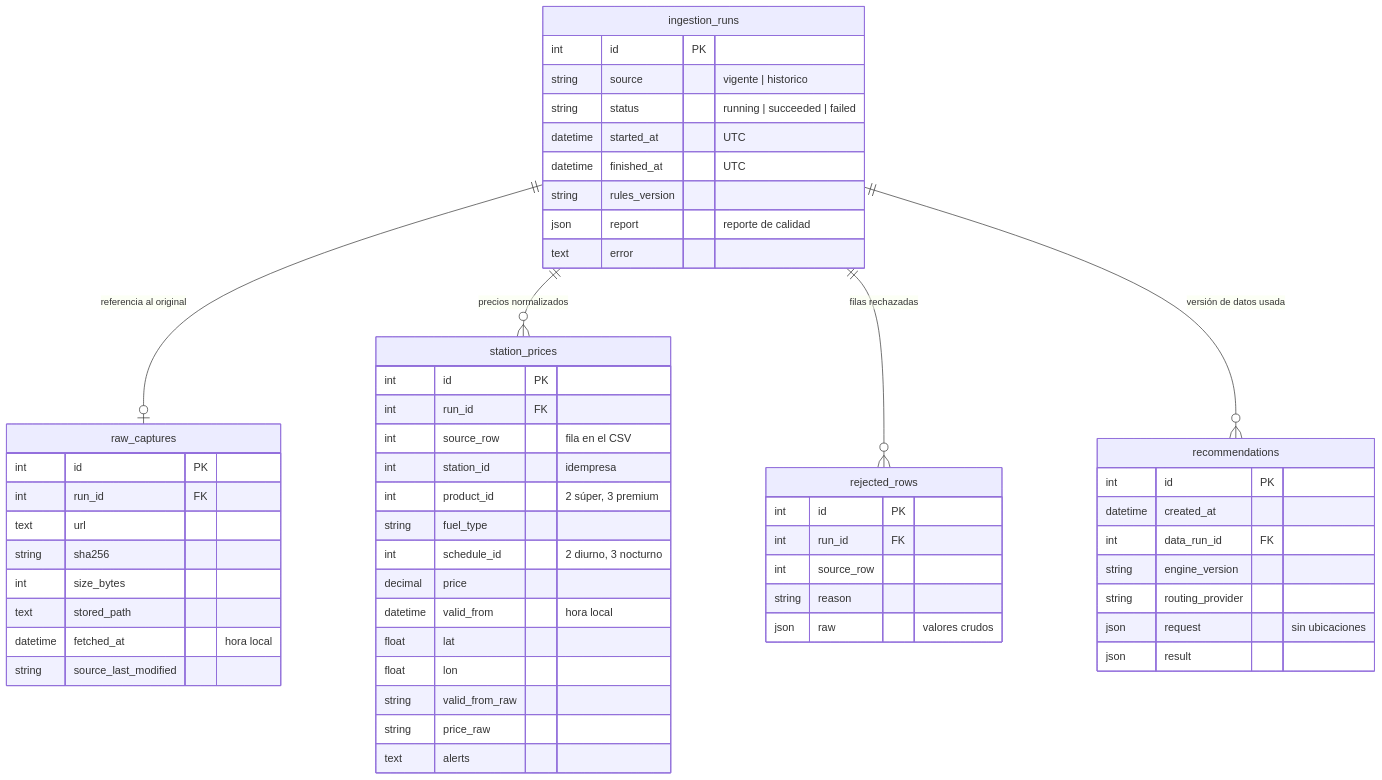
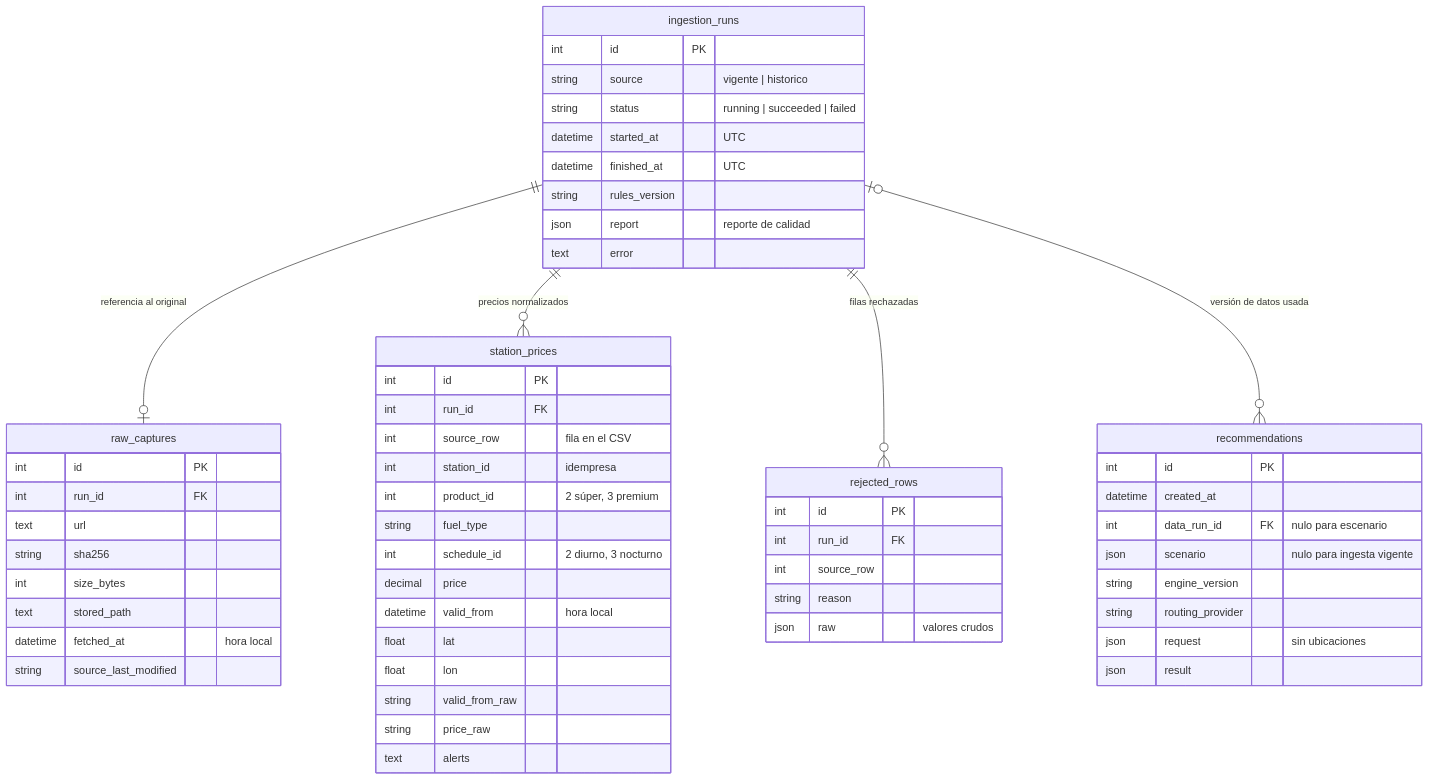
One commit to estanislaomolina/nafta2go changed the third of 3 diagrams in docs/SRD.md. Above: the diagram before and after it, drawn with Mermaid. The commit also changed other lines of this file and 32 other files, not shown here.

````diff
--- a/docs/SRD.md
+++ b/docs/SRD.md
@@ -202,60 +206,61 @@
 ```mermaid
 erDiagram
     ingestion_runs ||--o| raw_captures : "referencia al original"
     ingestion_runs ||--o{ station_prices : "precios normalizados"
     ingestion_runs ||--o{ rejected_rows : "filas rechazadas"
-    ingestion_runs ||--o{ recommendations : "versión de datos usada"
+    ingestion_runs |o--o{ recommendations : "versión de datos usada"
 
     ingestion_runs {
         int id PK
         string source "vigente | historico"
         string status "running | succeeded | failed"
         datetime started_at "UTC"
         datetime finished_at "UTC"
         string rules_version
         json report "reporte de calidad"
         text error
     }
     raw_captures {
         int id PK
         int run_id FK
         text url
         string sha256
         int size_bytes
         text stored_path
         datetime fetched_at "hora local"
         string source_last_modified
     }
     station_prices {
         int id PK
         int run_id FK
         int source_row "fila en el CSV"
         int station_id "idempresa"
         int product_id "2 súper, 3 premium"
         string fuel_type
         int schedule_id "2 diurno, 3 nocturno"
         decimal price
         datetime valid_from "hora local"
         float lat
         float lon
         string valid_from_raw
         string price_raw
         text alerts
     }
     rejected_rows {
         int id PK
         int run_id FK
         int source_row
         string reason
         json raw "valores crudos"
     }
     recommendations {
         int id PK
         datetime created_at
-        int data_run_id FK
+        int data_run_id FK "nulo para escenario"
+        json scenario "nulo para ingesta vigente"
         string engine_version
         string routing_provider
         json request "sin ubicaciones"
         json result
     }
 ```
````
